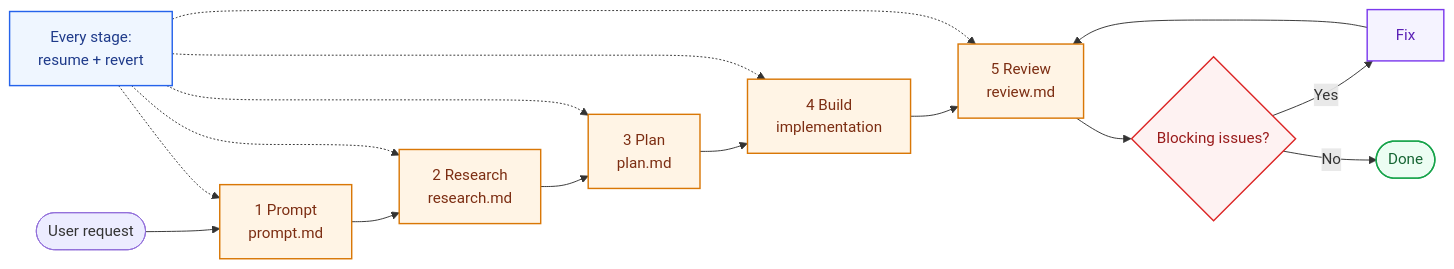
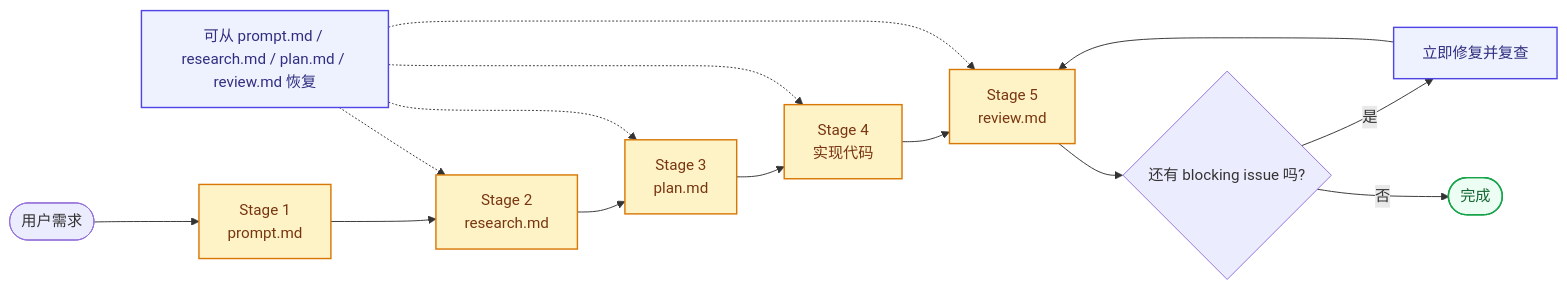
One commit to alphabetc1/skill-foundry changed the fourth of 6 diagrams in README.md. Above: the diagram before and after it, drawn with Mermaid. The commit also changed other lines of this file and 48 other files, not shown here.

````diff
--- a/README.md
+++ b/README.md
@@ -65,32 +161,26 @@
 ```mermaid
 flowchart LR
-    user([User request]) --> s1["1 Prompt<br/>prompt.md"]
-    s1 --> s2["2 Research<br/>research.md"]
-    s2 --> s3["3 Plan<br/>plan.md"]
-    s3 --> s4["4 Build<br/>implementation"]
-    s4 --> s5["5 Review<br/>review.md"]
+    req([用户需求]) --> s1["Stage 1<br/>prompt.md"]
+    s1 --> s2["Stage 2<br/>research.md"]
+    s2 --> s3["Stage 3<br/>plan.md"]
+    s3 --> s4["Stage 4<br/>实现代码"]
+    s4 --> s5["Stage 5<br/>review.md"]
+    s5 --> gate{还有 blocking issue 吗?}
+    gate -->|是| fix["立即修复并复查"]
+    fix --> s5
+    gate -->|否| done([完成])
 
-    s5 --> gate{Blocking issues?}
-    gate -->|Yes| fix["Fix"]
-    fix --> s5
-    gate -->|No| done([Done])
+    resume["可从 prompt.md / research.md / plan.md / review.md 恢复"]
+    resume -.-> s2
+    resume -.-> s3
+    resume -.-> s4
+    resume -.-> s5
 
-    shared["Every stage:<br/>resume + revert"]
-    shared -.-> s1
-    shared -.-> s2
-    shared -.-> s3
-    shared -.-> s4
-    shared -.-> s5
-
-    classDef stage fill:#FFF4E5,stroke:#D97706,color:#7C2D12,stroke-width:1.5px;
-    classDef decision fill:#FEF2F2,stroke:#DC2626,color:#991B1B,stroke-width:1.5px;
-    classDef action fill:#F5F3FF,stroke:#7C3AED,color:#5B21B6,stroke-width:1.5px;
-    classDef note fill:#EFF6FF,stroke:#2563EB,color:#1E3A8A,stroke-width:1.5px;
+    classDef stage fill:#FEF3C7,stroke:#D97706,color:#78350F,stroke-width:1.5px;
+    classDef action fill:#EEF2FF,stroke:#4F46E5,color:#312E81,stroke-width:1.5px;
     classDef done fill:#ECFDF3,stroke:#16A34A,color:#166534,stroke-width:1.5px;
 
     class s1,s2,s3,s4,s5 stage;
-    class gate decision;
-    class fix action;
-    class shared note;
+    class fix,resume action;
     class done done;
 ```
````
